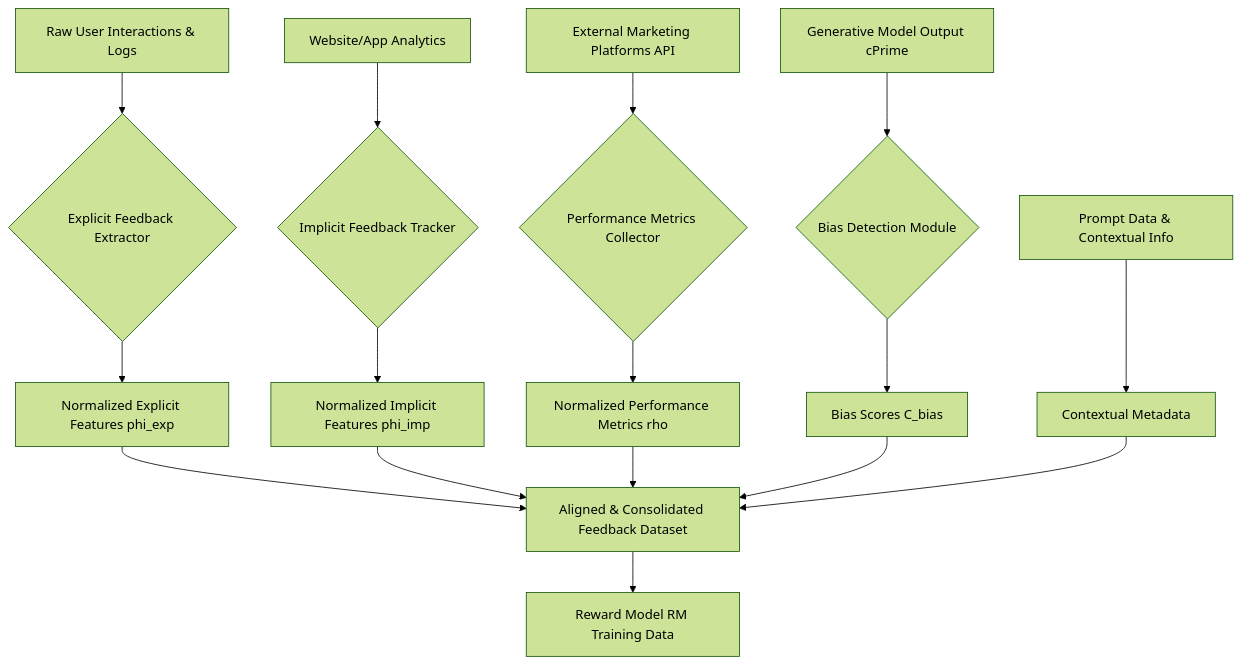
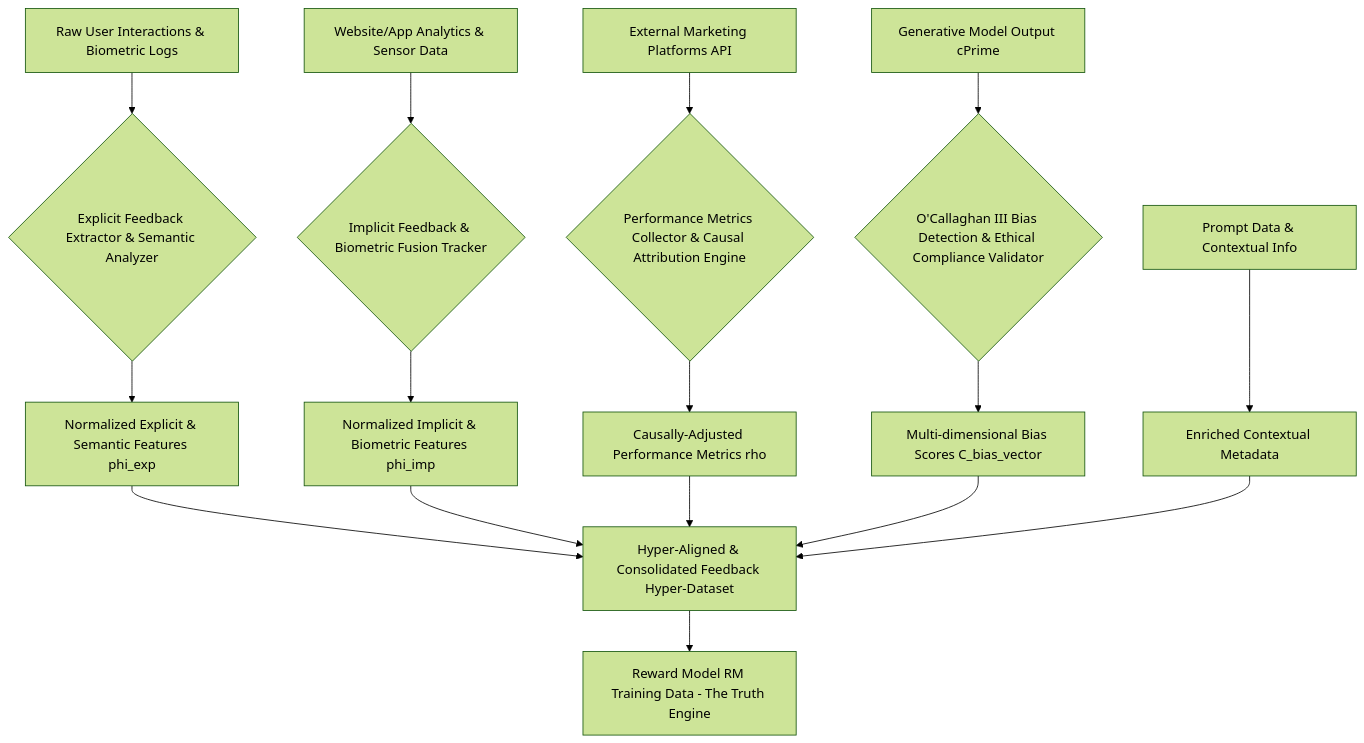
Before and after one commit to diplomat-bit/Citibank_Demo_Business_Inc_Demonstration-: the second of 13 diagrams in inventions/inventions/007_ai_ad_copy_generation/feedback_loop/rlhf_implementation_details.md, drawn with Mermaid (forest theme). The commit also changed other lines of this file, not shown here.

````diff
--- a/inventions/inventions/007_ai_ad_copy_generation/feedback_loop/rlhf_implementation_details.md
+++ b/inventions/inventions/007_ai_ad_copy_generation/feedback_loop/rlhf_implementation_details.md
@@ -79,14 +85,14 @@
 ```mermaid
 graph TD
-    A[Raw User Interactions & Logs] --> B{Explicit Feedback Extractor};
-    B --> E[Normalized Explicit Features phi_exp];
-    C[Website/App Analytics] --> D{Implicit Feedback Tracker};
-    D --> F[Normalized Implicit Features phi_imp];
-    G[External Marketing Platforms API] --> H{Performance Metrics Collector};
-    H --> I[Normalized Performance Metrics rho];
-    J[Generative Model Output cPrime] --> K{Bias Detection Module};
-    K --> L[Bias Scores C_bias];
-    M[Prompt Data & Contextual Info] --> N[Contextual Metadata];
-    E & F & I & L & N --> O[Aligned & Consolidated Feedback Dataset];
-    O --> P[Reward Model RM Training Data];
+    A[Raw User Interactions & Biometric Logs] --> B{Explicit Feedback Extractor & Semantic Analyzer};
+    B --> E[Normalized Explicit & Semantic Features phi_exp];
+    C[Website/App Analytics & Sensor Data] --> D{Implicit Feedback & Biometric Fusion Tracker};
+    D --> F[Normalized Implicit & Biometric Features phi_imp];
+    G[External Marketing Platforms API] --> H{Performance Metrics Collector & Causal Attribution Engine};
+    H --> I[Causally-Adjusted Performance Metrics rho];
+    J[Generative Model Output cPrime] --> K{O'Callaghan III Bias Detection & Ethical Compliance Validator};
+    K --> L[Multi-dimensional Bias Scores C_bias_vector];
+    M[Prompt Data & Contextual Info] --> N[Enriched Contextual Metadata];
+    E & F & I & L & N --> O[Hyper-Aligned & Consolidated Feedback Hyper-Dataset];
+    O --> P[Reward Model RM Training Data - The Truth Engine];
 ```
````
